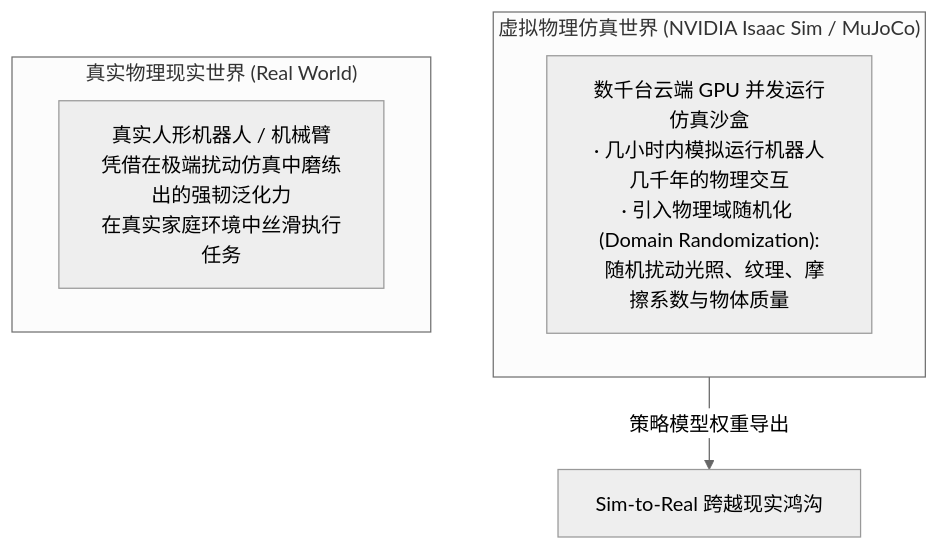
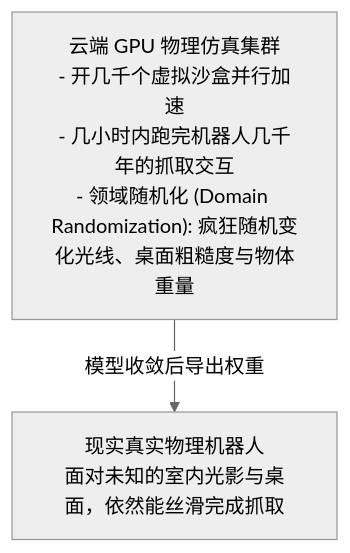
One commit to ljh12138164/ai-agent-study changed the third of 3 diagrams in app/ch06-interaction/04-embodied-agent-and-sim2real/page.mdx. Above: the diagram before and after it, drawn with Mermaid (neutral theme). The commit also changed other lines of this file and 43 other files, not shown here.

````diff
--- a/app/ch06-interaction/04-embodied-agent-and-sim2real/page.mdx
+++ b/app/ch06-interaction/04-embodied-agent-and-sim2real/page.mdx
@@ -63,12 +58,5 @@
 ```mermaid
-graph TD
-    subgraph Simulation["虚拟物理仿真世界 (NVIDIA Isaac Sim / MuJoCo)"]
-        SimFarm["数千台云端 GPU 并发运行仿真沙盒<br/>· 几小时内模拟运行机器人几千年的物理交互<br/>· 引入物理域随机化 (Domain Randomization):<br/>  随机扰动光照、纹理、摩擦系数与物体质量"]
-    end
-    
-    Simulation -->|策略模型权重导出| Sim2Real["Sim-to-Real 跨越现实鸿沟"]
-    
-    subgraph RealWorld["真实物理现实世界 (Real World)"]
-        RealBot["真实人形机器人 / 机械臂<br/>凭借在极端扰动仿真中磨练出的强韧泛化力<br/>在真实家庭环境中丝滑执行任务"]
-    end
+flowchart TD
+    Sim["云端 GPU 物理仿真集群<br/>- 开几千个虚拟沙盒并行加速<br/>- 几小时内跑完机器人几千年的抓取交互<br/>- 领域随机化 (Domain Randomization): 疯狂随机变化光线、桌面粗糙度与物体重量"]
+    -->|模型收敛后导出权重| Real["现实真实物理机器人<br/>面对未知的室内光影与桌面，依然能丝滑完成抓取"]
 ```
````
